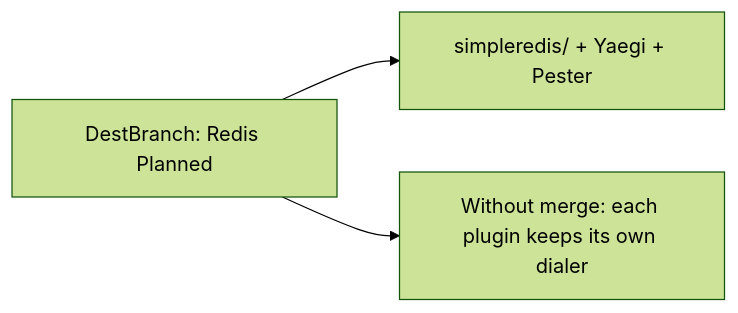
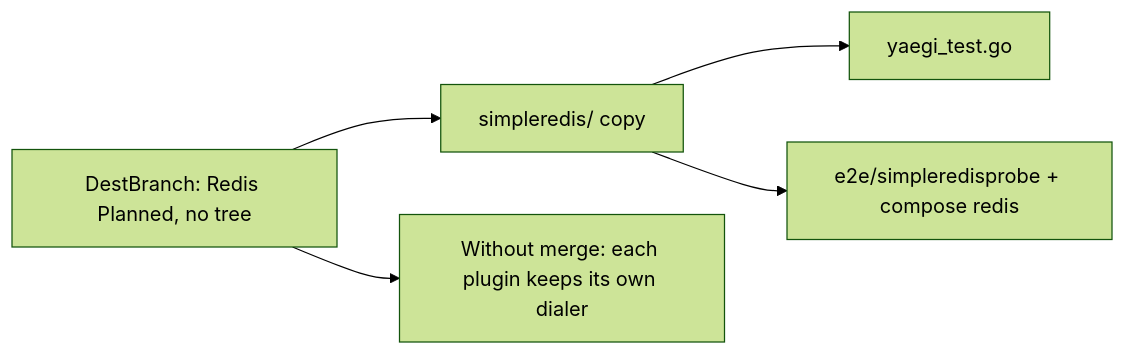
One commit to david-garcia-garcia/traefik-middleware-utilities changed the diagram in devstate/2026/09/2026-09-11-simpleredis/card.md. Above: the diagram before and after it, drawn with Mermaid (forest theme). The commit also changed other lines of this file and 2 other files, not shown here.

````diff
--- a/devstate/2026/09/2026-09-11-simpleredis/card.md
+++ b/devstate/2026/09/2026-09-11-simpleredis/card.md
@@ -15,5 +17,7 @@
 ```mermaid
 flowchart LR
-  dest["DestBranch: Redis Planned"] --> copy["simpleredis/ + Yaegi + Pester"]
+  dest["DestBranch: Redis Planned, no tree"] --> copy["simpleredis/ copy"]
+  copy --> yaegi["yaegi_test.go"]
+  copy --> probe["e2e/simpleredisprobe + compose redis"]
   dest --> miss["Without merge: each plugin keeps its own dialer"]
 ```
````
